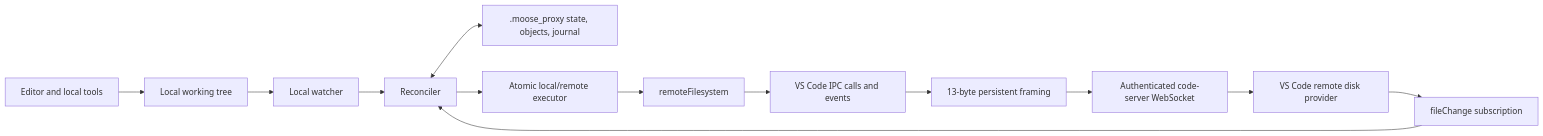
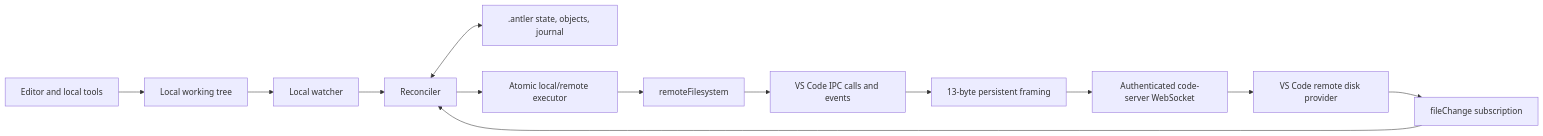
The diagram in docs/architecture.md (BlueFalconHD/antler), drawn with Mermaid before and after one commit. The commit also changed other lines of this file and 5 other files, not shown here.

````diff
--- a/docs/architecture.md
+++ b/docs/architecture.md
@@ -5,15 +5,15 @@
 ```mermaid
 flowchart LR
   Editor["Editor and local tools"] --> Local["Local working tree"]
   Local --> LocalWatch["Local watcher"]
   Agent["VS Code remote disk provider"] --> RemoteWatch["fileChange subscription"]
   LocalWatch --> Planner["Reconciler"]
   RemoteWatch --> Planner
-  Planner <--> State[".moose_proxy state, objects, journal"]
+  Planner <--> State[".antler state, objects, journal"]
   Planner --> Atomic["Atomic local/remote executor"]
   Atomic --> FS["remoteFilesystem"]
   FS --> IPC["VS Code IPC calls and events"]
   IPC --> Persistent["13-byte persistent framing"]
   Persistent --> WS["Authenticated code-server WebSocket"]
   WS --> Agent
 ```
````
